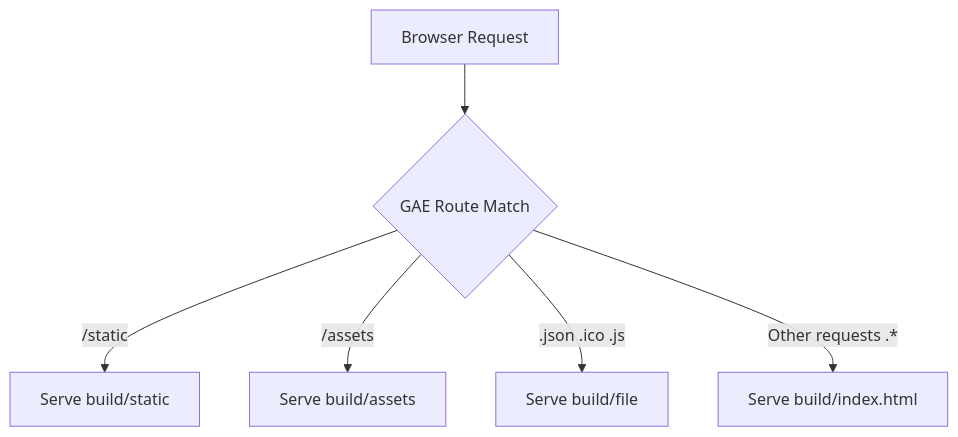
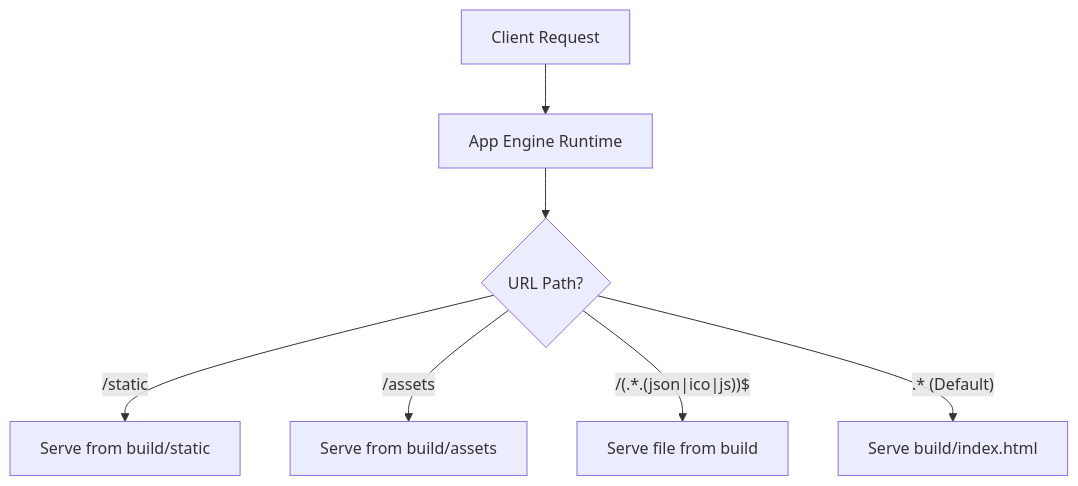
The diagram in docs/app.yaml.md (test-company-prowiz/maxify_frontend), drawn with Mermaid before and after one commit. The commit also changed other lines of this file, not shown here.

Commit message:
[AI-DOC] docs: auto-generated documentation for docs/app.yaml.md

````diff
--- a/docs/app.yaml.md
+++ b/docs/app.yaml.md
@@ -33,8 +38,9 @@
 ```mermaid
 graph TD
-A[Browser Request] --> B{GAE Route Match};
-B -- /static --> C[Serve build/static];
-B -- /assets --> D[Serve build/assets];
-B -- .json .ico .js --> E[Serve build/file];
-B -- Other requests .* --> F[Serve build/index.html];
+A[Client Request] --> B[App Engine Runtime]
+B --> C{URL Path?}
+C -- /static --> D[Serve from build/static]
+C -- /assets --> E[Serve from build/assets]
+C -- /(.*.(json|ico|js))$ --> F[Serve file from build]
+C -- .* (Default) --> G[Serve build/index.html]
 ```
````
